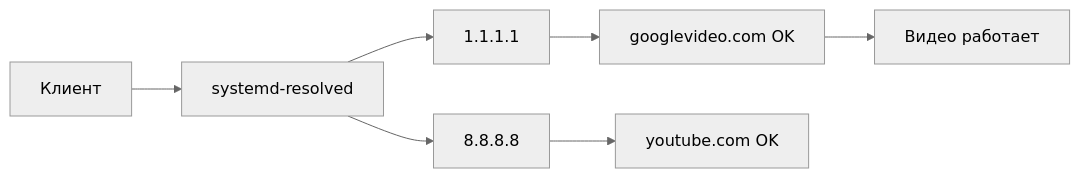
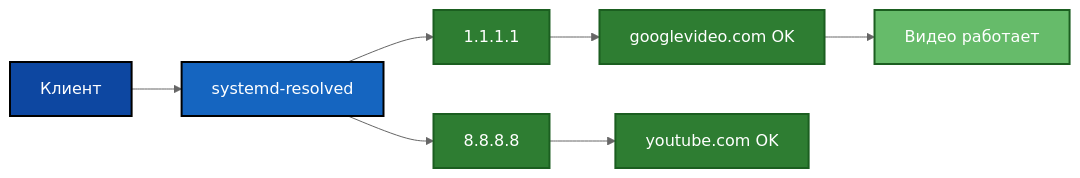
One commit to KosenkovPro/youtube-video-not-loading-fix changed the fourth of 6 diagrams in README.ru.md. Above: the diagram before and after it, drawn with Mermaid (neutral theme). The commit also changed other lines of this file, not shown here.

````diff
--- a/README.ru.md
+++ b/README.ru.md
@@ -100,11 +106,21 @@
 ```mermaid
 flowchart LR
     A[Клиент] --> B[systemd-resolved]
     B --> C[1.1.1.1]
     B --> D[8.8.8.8]
 
     C --> E[googlevideo.com OK]
     D --> F[youtube.com OK]
 
     E --> G[Видео работает]
+
+    style A fill:#0d47a1,stroke:#000000,stroke-width:2px,color:#ffffff
+    style B fill:#1565c0,stroke:#000000,stroke-width:2px,color:#ffffff
+
+    style C fill:#2e7d32,stroke:#1b5e20,stroke-width:2px,color:#ffffff
+    style D fill:#2e7d32,stroke:#1b5e20,stroke-width:2px,color:#ffffff
+
+    style E fill:#2e7d32,stroke:#1b5e20,stroke-width:2px,color:#ffffff
+    style F fill:#2e7d32,stroke:#1b5e20,stroke-width:2px,color:#ffffff
+    style G fill:#66bb6a,stroke:#1b5e20,stroke-width:2px,color:#ffffff
 ```
````
